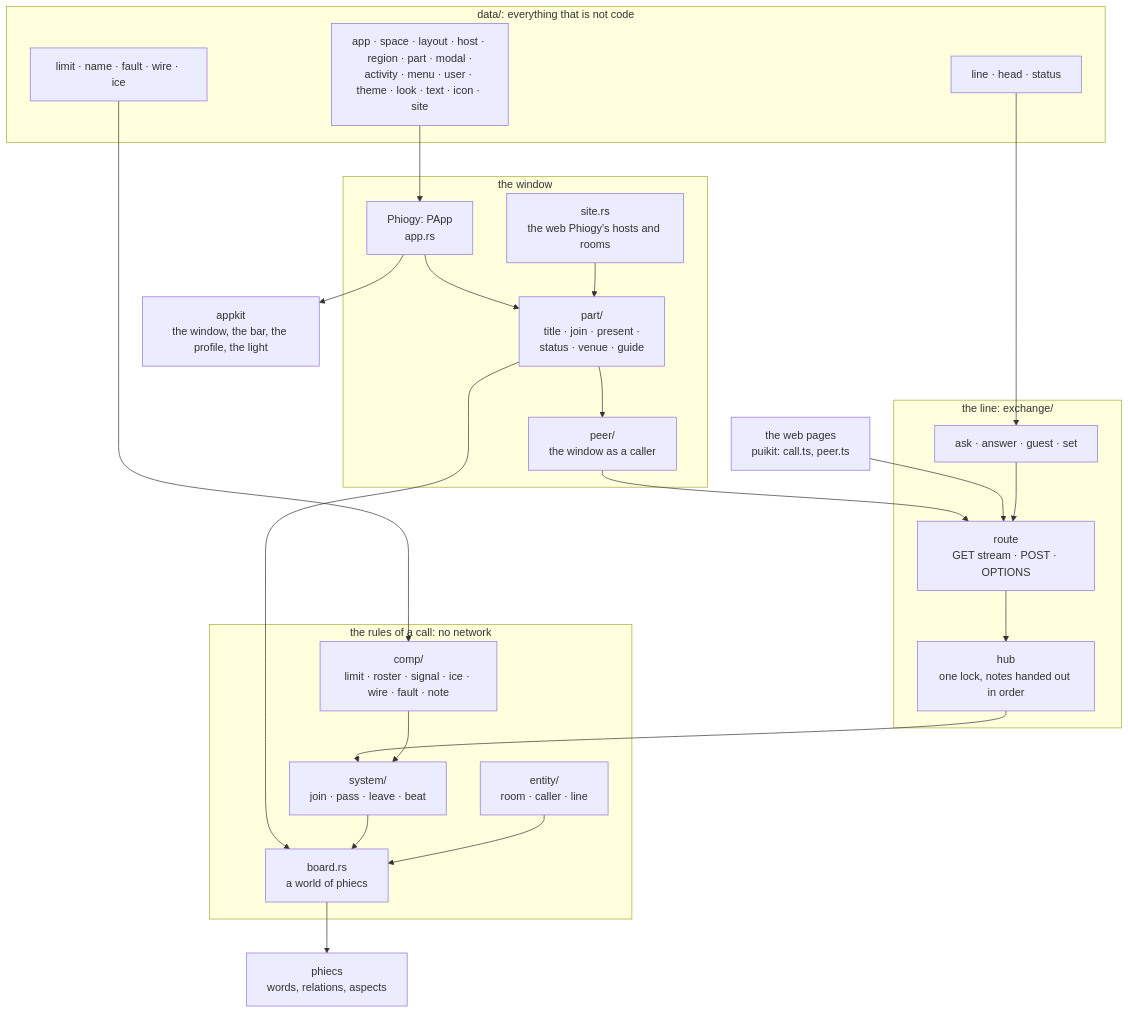
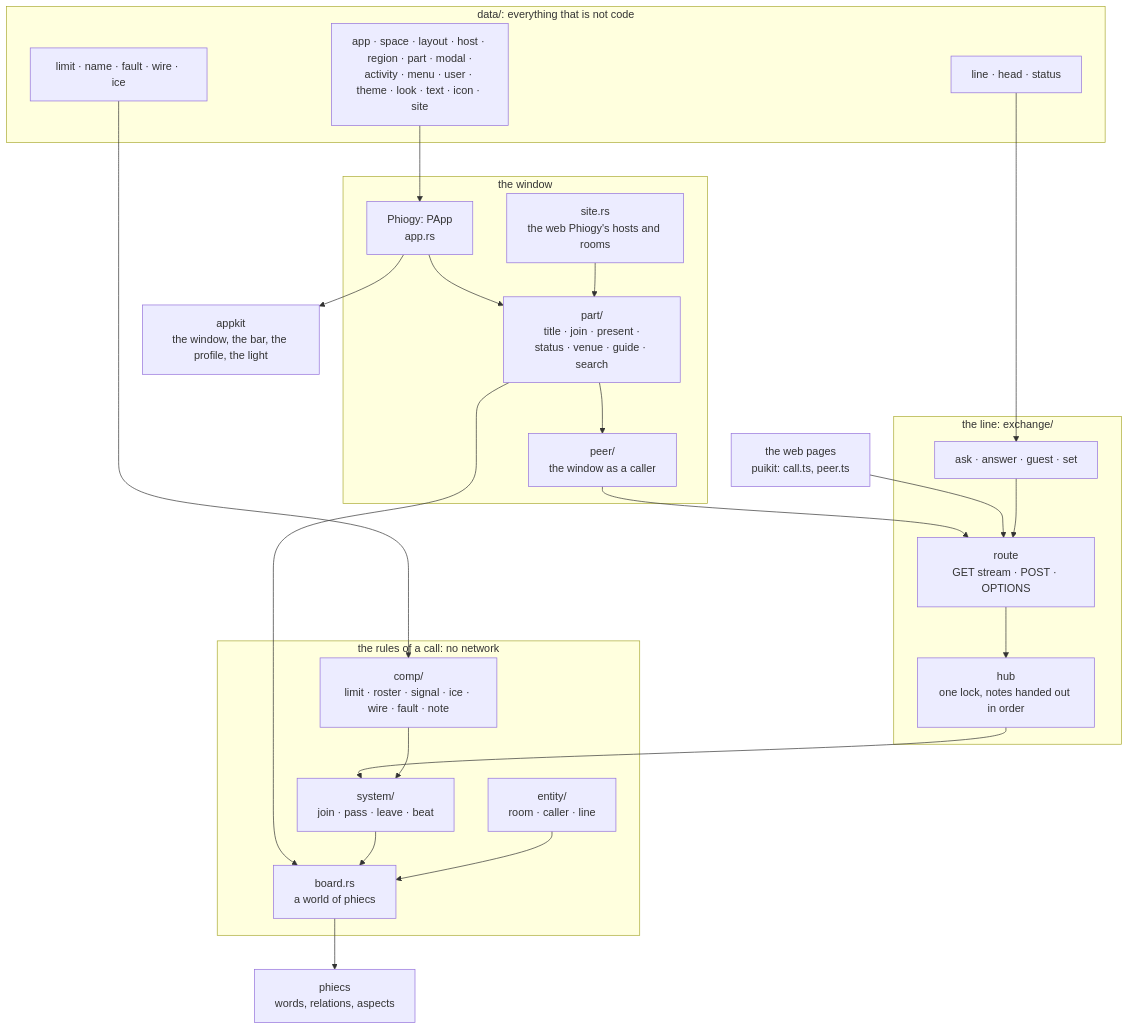
One commit to gemphi/phikit changed the first of 13 diagrams in crates/appkit/app/phiogy/ARCHITECTURE.md. Above: the diagram before and after it, drawn with Mermaid. The commit also changed other lines of this file and 7 other files, not shown here.

````diff
--- a/crates/appkit/app/phiogy/ARCHITECTURE.md
+++ b/crates/appkit/app/phiogy/ARCHITECTURE.md
@@ -9,43 +9,43 @@
 ```mermaid
 graph TB
     subgraph data["data/: everything that is not code"]
         d_rule["limit · name · fault · wire · ice"]
         d_line["line · head · status"]
         d_win["app · space · layout · host · region · part · modal ·<br/>activity · menu · user · theme · look · text · icon · site"]
     end
     subgraph rule["the rules of a call: no network"]
         r_entity["entity/<br/>room · caller · line"]
         r_comp["comp/<br/>limit · roster · signal · ice · wire · fault · note"]
         r_system["system/<br/>join · pass · leave · beat"]
         r_board["board.rs<br/>a world of phiecs"]
     end
     subgraph line["the line: exchange/"]
         x_route["route<br/>GET stream · POST · OPTIONS"]
         x_hub["hub<br/>one lock, notes handed out in order"]
         x_http["ask · answer · guest · set"]
     end
     subgraph win["the window"]
         w_app["Phiogy: PApp<br/>app.rs"]
-        w_part["part/<br/>title · join · present ·<br/>status · venue · guide"]
+        w_part["part/<br/>title · join · present ·<br/>status · venue · guide · search"]
         w_peer["peer/<br/>the window as a caller"]
         w_site["site.rs<br/>the web Phiogy's hosts and rooms"]
     end
     kit["appkit<br/>the window, the bar, the profile, the light"]
     ecs["phiecs<br/>words, relations, aspects"]
     page["the web pages<br/>puikit: call.ts, peer.ts"]
     d_rule --> r_comp
     d_line --> x_http
     d_win --> w_app
     r_entity --> r_board
     r_comp --> r_system --> r_board
     r_board --> ecs
     x_route --> x_hub --> r_system
     x_http --> x_route
     page --> x_route
     w_part --> r_board
     w_site --> w_part
     w_app --> w_part
     w_part --> w_peer
     w_peer --> x_route
     w_app --> kit
 ```
````
